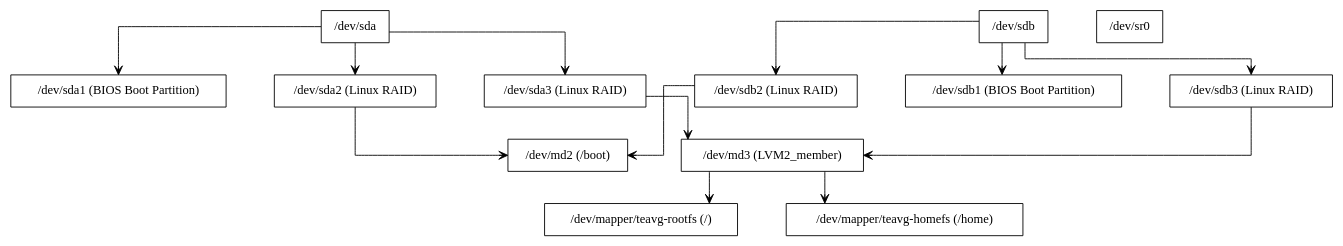
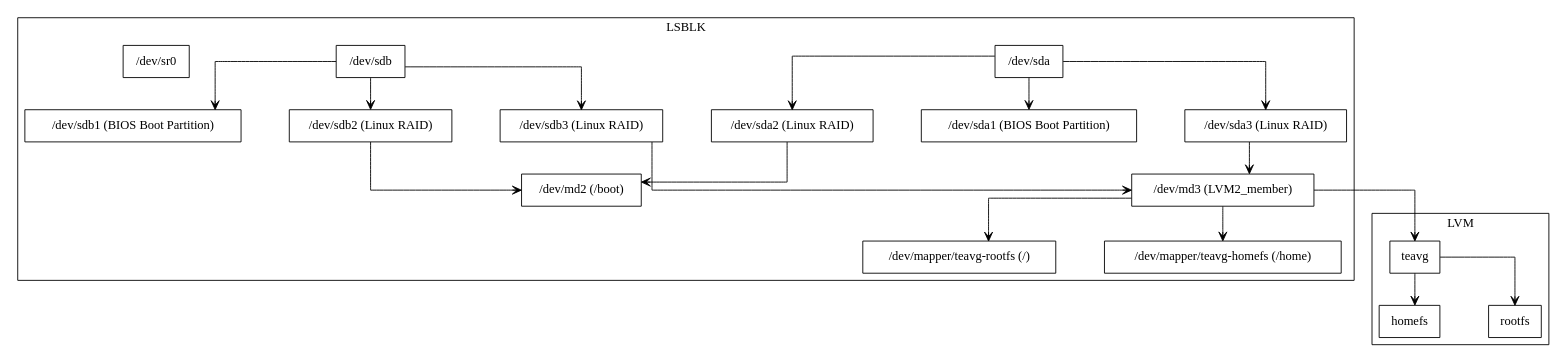
One commit to ptomulik/dsklayout changed the diagram in Digraph.gv. Above: the diagram before and after it, drawn with Graphviz. The commit also changed 6 other files, not shown here.

```diff
--- a/Digraph.gv
+++ b/Digraph.gv
@@ -1,30 +1,46 @@
 digraph {
 	node [shape=rect]
 	edge [arrowhead=vee arrowtail=vee]
 	nodesep=0.75 splines=ortho
-	_dev_sda [label="/dev/sda"]
-	_dev_sda1 [label="/dev/sda1 (BIOS Boot Partition)"]
-	_dev_sda2 [label="/dev/sda2 (Linux RAID)"]
-	_dev_md2 [label="/dev/md2 (/boot)"]
-	_dev_sda3 [label="/dev/sda3 (Linux RAID)"]
-	_dev_md3 [label="/dev/md3 (LVM2_member)"]
-	_dev_dm_0 [label="/dev/mapper/teavg-rootfs (/)"]
-	_dev_dm_1 [label="/dev/mapper/teavg-homefs (/home)"]
-	_dev_sdb [label="/dev/sdb"]
-	_dev_sdb1 [label="/dev/sdb1 (BIOS Boot Partition)"]
-	_dev_sdb2 [label="/dev/sdb2 (Linux RAID)"]
-	_dev_sdb3 [label="/dev/sdb3 (Linux RAID)"]
-	_dev_sr0 [label="/dev/sr0"]
-	_dev_sda -> _dev_sda1
-	_dev_sda -> _dev_sda2
-	_dev_sda2 -> _dev_md2
-	_dev_sda -> _dev_sda3
-	_dev_sda3 -> _dev_md3
-	_dev_md3 -> _dev_dm_0
-	_dev_md3 -> _dev_dm_1
-	_dev_sdb -> _dev_sdb1
-	_dev_sdb -> _dev_sdb2
-	_dev_sdb2 -> _dev_md2
-	_dev_sdb -> _dev_sdb3
-	_dev_sdb3 -> _dev_md3
+	// Block-device graph created with lsblk
+	subgraph cluster_lsblk {
+		label = "LSBLK"
+		"/dev/sda" [label="/dev/sda"]
+		"/dev/sda1" [label="/dev/sda1 (BIOS Boot Partition)"]
+		"/dev/sda2" [label="/dev/sda2 (Linux RAID)"]
+		"/dev/md2" [label="/dev/md2 (/boot)"]
+		"/dev/sda3" [label="/dev/sda3 (Linux RAID)"]
+		"/dev/md3" [label="/dev/md3 (LVM2_member)"]
+		"/dev/dm-0" [label="/dev/mapper/teavg-rootfs (/)"]
+		"/dev/dm-1" [label="/dev/mapper/teavg-homefs (/home)"]
+		"/dev/sdb" [label="/dev/sdb"]
+		"/dev/sdb1" [label="/dev/sdb1 (BIOS Boot Partition)"]
+		"/dev/sdb2" [label="/dev/sdb2 (Linux RAID)"]
+		"/dev/sdb3" [label="/dev/sdb3 (Linux RAID)"]
+		"/dev/sr0" [label="/dev/sr0"]
+		"/dev/sda" -> "/dev/sda1"
+		"/dev/sda" -> "/dev/sda2"
+		"/dev/sda2" -> "/dev/md2"
+		"/dev/sda" -> "/dev/sda3"
+		"/dev/sda3" -> "/dev/md3"
+		"/dev/md3" -> "/dev/dm-0"
+		"/dev/md3" -> "/dev/dm-1"
+		"/dev/sdb" -> "/dev/sdb1"
+		"/dev/sdb" -> "/dev/sdb2"
+		"/dev/sdb2" -> "/dev/md2"
+		"/dev/sdb" -> "/dev/sdb3"
+		"/dev/sdb3" -> "/dev/md3"
+	}
+	// LVM graph
+	subgraph cluster_lvm {
+		color=black
+		label="LVM"
+		teavg
+		"/dev/md3"
+		"/dev/md3" -> teavg
+		homefs
+		teavg -> homefs
+		rootfs
+		teavg -> rootfs
+	}
 }
```
